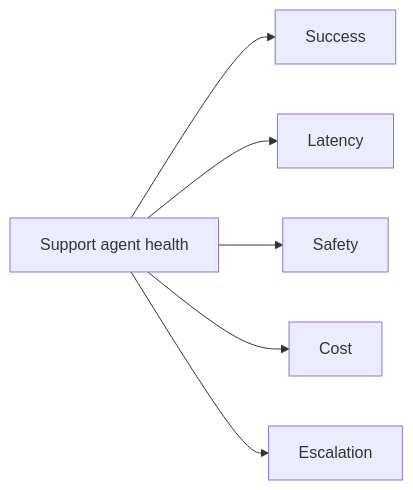
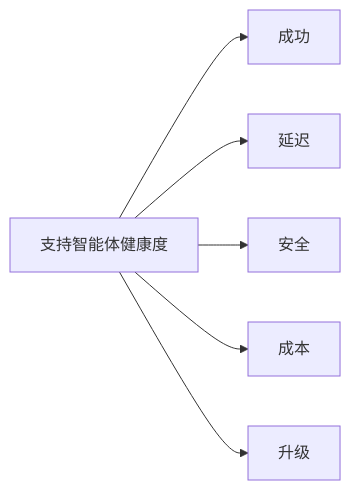
Before and after one commit to agent-axiom/agent-arch: the diagram in docs/book/part-v/chapter-12.zh.md, drawn with Mermaid. The commit also changed other lines of this file, not shown here.

````diff
--- a/docs/book/part-v/chapter-12.zh.md
+++ b/docs/book/part-v/chapter-12.zh.md
@@ -166,8 +166,8 @@
 ``` mermaid
 flowchart LR
-    A["Support agent health"] --> B["Success"]
-    A --> C["Latency"]
-    A --> D["Safety"]
-    A --> E["Cost"]
-    A --> F["Escalation"]
+    A["支持智能体健康度"] --> B["成功"]
+    A --> C["延迟"]
+    A --> D["安全"]
+    A --> E["成本"]
+    A --> F["升级"]
 ```
````
